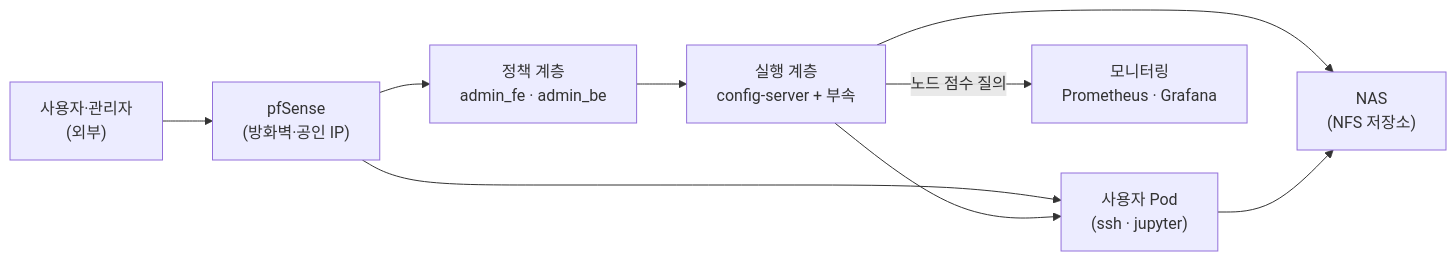
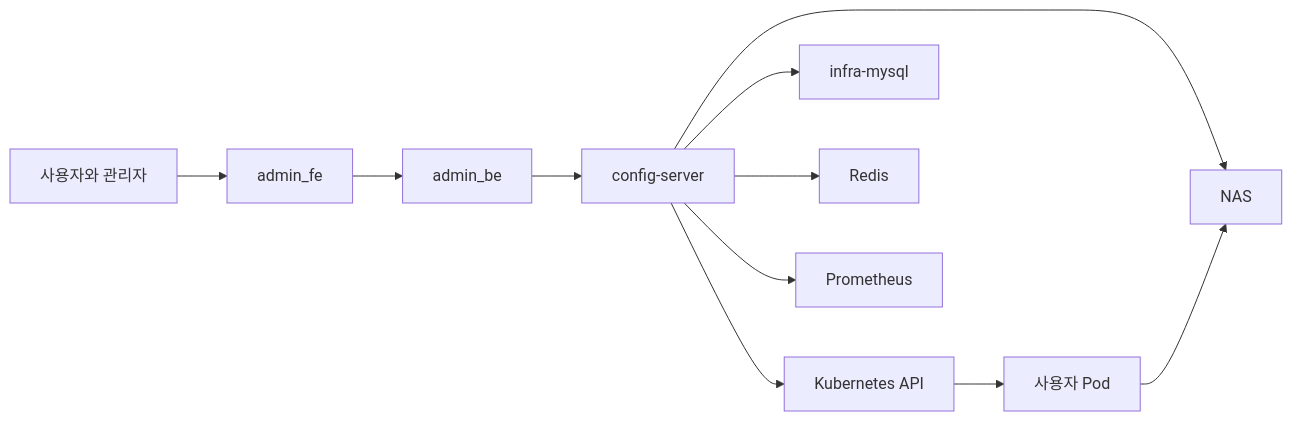
The third of 5 diagrams in md/infra/design/시스템-아키텍처.md (CSID-DGU/admin_wiki), drawn with Mermaid before and after one commit. The commit also changed other lines of this file and 3 other files, not shown here.

Commit message:
docs(infra): rewrite architecture guide in plain language

````diff
--- a/md/infra/design/시스템-아키텍처.md
+++ b/md/infra/design/시스템-아키텍처.md
@@ -311,11 +168,13 @@
 ```mermaid
 flowchart LR
-    U["사용자·관리자<br/>(외부)"] --> PF["pfSense<br/>(방화벽·공인 IP)"]
-    PF --> WEB["정책 계층<br/>admin_fe · admin_be"]
-    PF --> POD["사용자 Pod<br/>(ssh · jupyter)"]
-    WEB --> CS["실행 계층<br/>config-server + 부속"]
-    CS --> POD
-    CS --> NAS["NAS<br/>(NFS 저장소)"]
+    USER[사용자와 관리자] --> FE[admin_fe]
+    FE --> BE[admin_be]
+    BE --> CS[config-server]
+    CS --> K8S[Kubernetes API]
+    CS --> NAS[NAS]
+    CS --> DB[infra-mysql]
+    CS --> REDIS[Redis]
+    CS --> PROM[Prometheus]
+    K8S --> POD[사용자 Pod]
     POD --> NAS
-    CS -->|"노드 점수 질의"| MON["모니터링<br/>Prometheus · Grafana"]
 ```
````
